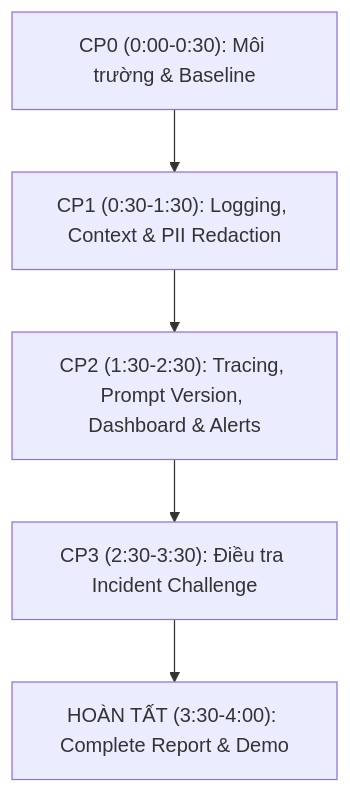
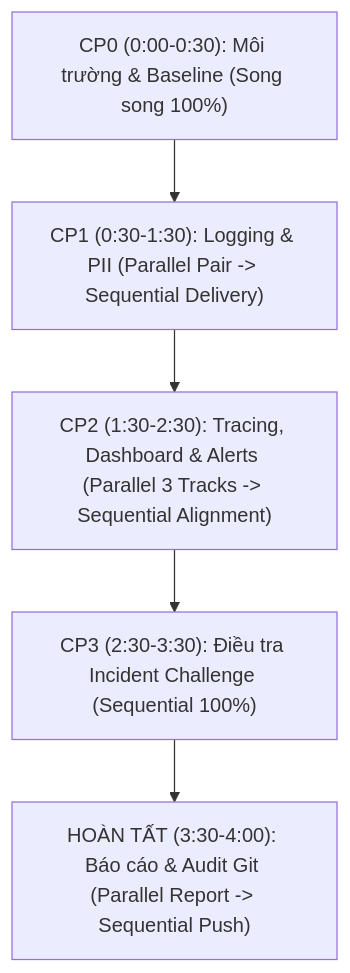
Before and after one commit to NguyenVanHung1707/K4-Day13-E402-HHQDA: the first of 3 diagrams in TASK_ASSIGNMENTS.md, drawn with Mermaid. The commit also changed other lines of this file, not shown here.

Commit message:
docs: add explicit parallel and sequential execution flow to each checkpoint in TASK_ASSIGNMENTS.md

````diff
--- a/TASK_ASSIGNMENTS.md
+++ b/TASK_ASSIGNMENTS.md
@@ -23,7 +23,7 @@
 ```mermaid
 graph TD
-    CP0["CP0 (0:00-0:30): Môi trường & Baseline"] --> CP1["CP1 (0:30-1:30): Logging, Context & PII Redaction"]
-    CP1 --> CP2["CP2 (1:30-2:30): Tracing, Prompt Version, Dashboard & Alerts"]
-    CP2 --> CP3["CP3 (2:30-3:30): Điều tra Incident Challenge"]
-    CP3 --> FIN["HOÀN TẤT (3:30-4:00): Complete Report & Demo"]
+    CP0["CP0 (0:00-0:30): Môi trường & Baseline (Song song 100%)"] --> CP1["CP1 (0:30-1:30): Logging & PII (Parallel Pair -> Sequential Delivery)"]
+    CP1 --> CP2["CP2 (1:30-2:30): Tracing, Dashboard & Alerts (Parallel 3 Tracks -> Sequential Alignment)"]
+    CP2 --> CP3["CP3 (2:30-3:30): Điều tra Incident Challenge (Sequential 100%)"]
+    CP3 --> FIN["HOÀN TẤT (3:30-4:00): Báo cáo & Audit Git (Parallel Report -> Sequential Push)"]
 ```
````
